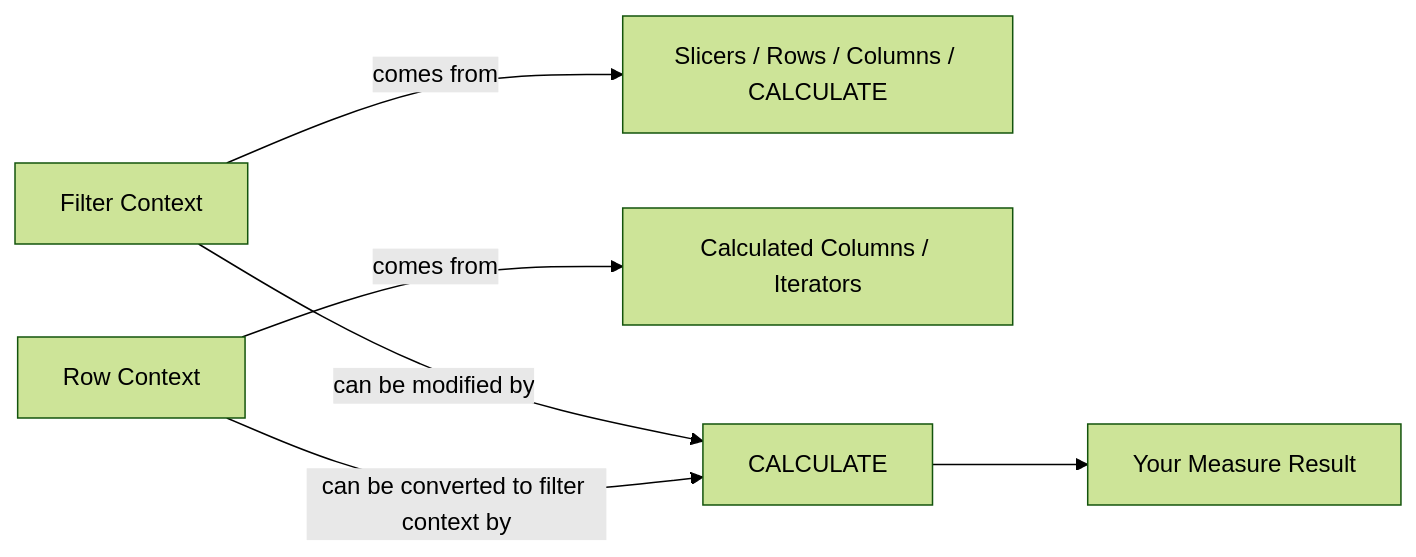
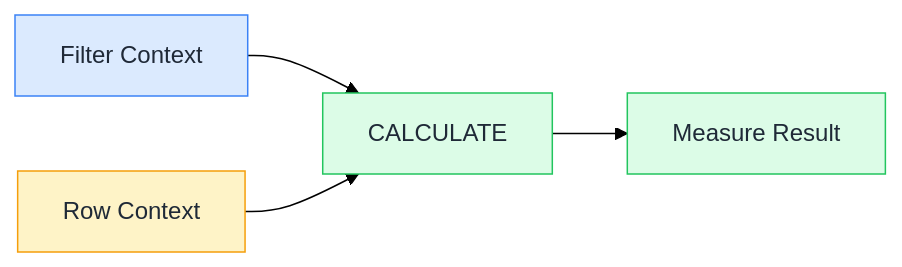
Before and after one commit to behnia137/dax-visual: the diagram in README.md, drawn with Mermaid (forest theme). The commit also changed other lines of this file and 21 other files, not shown here.

````diff
--- a/README.md
+++ b/README.md
@@ -14,8 +39,10 @@
 ```mermaid
-graph LR
-    A[Filter Context] -->|comes from| B[Slicers / Rows / Columns / CALCULATE]
-    C[Row Context] -->|comes from| D[Calculated Columns / Iterators]
-    A -->|can be modified by| E[CALCULATE]
-    C -->|can be converted to filter context by| E
-    E --> F[Your Measure Result]
+flowchart LR
+    A[Filter Context] --> B[CALCULATE]
+    C[Row Context] --> B
+    B --> D[Measure Result]
+    style A fill:#dbeafe,stroke:#3b82f6,color:#1f2937
+    style C fill:#fef3c7,stroke:#f59e0b,color:#1f2937
+    style B fill:#dcfce7,stroke:#22c55e,color:#1f2937
+    style D fill:#dcfce7,stroke:#22c55e,color:#1f2937
 ```
````
